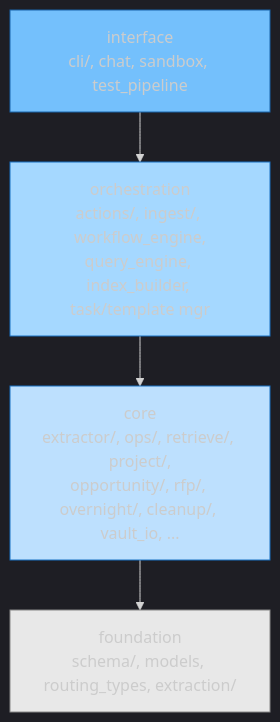
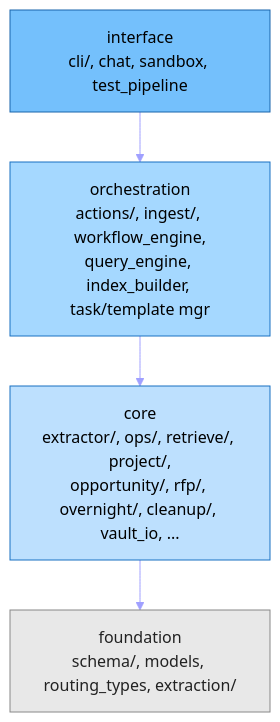
Before and after one commit to rdwornik/corp-monorepo: the second of 2 diagrams in ARCHITECTURE.md, drawn with Mermaid. The commit also changed other lines of this file, not shown here.

Commit message:
fix(architecture): high-contrast mermaid theme + explicit color overrides
Replace bare 'theme':'dark' directive with custom themeVariables block
and add explicit color: to every classDef. Bare dark theme produced
light default text that was invisible on light-pastel classDef fills.

````diff
--- a/ARCHITECTURE.md
+++ b/ARCHITECTURE.md
@@ -238,17 +238,17 @@
 ```mermaid
-%%{init: {'theme':'dark'}}%%
+%%{init: {'theme':'base', 'themeVariables': {'darkMode':true,'background':'#1a1a1a','primaryColor':'#2d2d3d','primaryTextColor':'#f0f0f0','primaryBorderColor':'#8a86ff','lineColor':'#a0a0ff','textColor':'#f0f0f0','mainBkg':'#2d2d3d','secondaryColor':'#3d2d3d','tertiaryColor':'#22323a','clusterBkg':'#222232','clusterBorder':'#555577','edgeLabelBackground':'#1a1a1a','titleColor':'#f0f0f0','nodeBorder':'#8a86ff'}}}%%
 flowchart TD
     interface["interface<br/>cli/, chat, sandbox, test_pipeline"]:::interface
     orchestration["orchestration<br/>actions/, ingest/, workflow_engine,<br/>query_engine, index_builder, task/template mgr"]:::orchestration
     core["core<br/>extractor/, ops/, retrieve/, project/,<br/>opportunity/, rfp/, overnight/, cleanup/, vault_io, ..."]:::core
     foundation["foundation<br/>schema/, models, routing_types, extraction/"]:::foundation
 
     interface --> orchestration
     orchestration --> core
     core --> foundation
 
-    classDef foundation fill:#e8e8e8,stroke:#888
-    classDef core fill:#bde0fe,stroke:#1971c2
-    classDef orchestration fill:#a5d8ff,stroke:#1971c2
-    classDef interface fill:#74c0fc,stroke:#1864ab
+    classDef foundation fill:#e8e8e8,stroke:#888,color:#222
+    classDef core fill:#bde0fe,stroke:#1971c2,color:#000
+    classDef orchestration fill:#a5d8ff,stroke:#1971c2,color:#000
+    classDef interface fill:#74c0fc,stroke:#1864ab,color:#000
 ```
````
